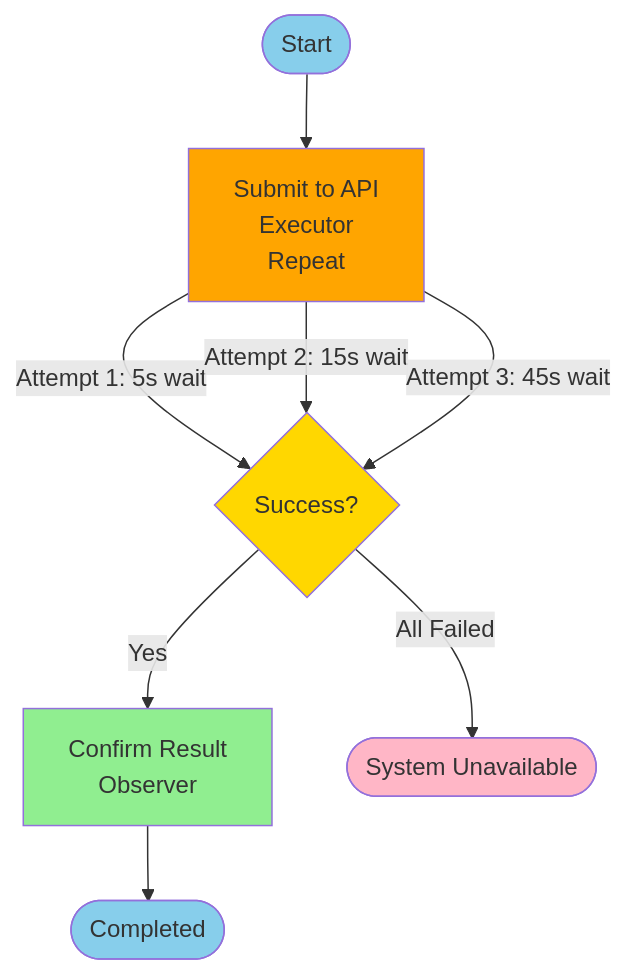
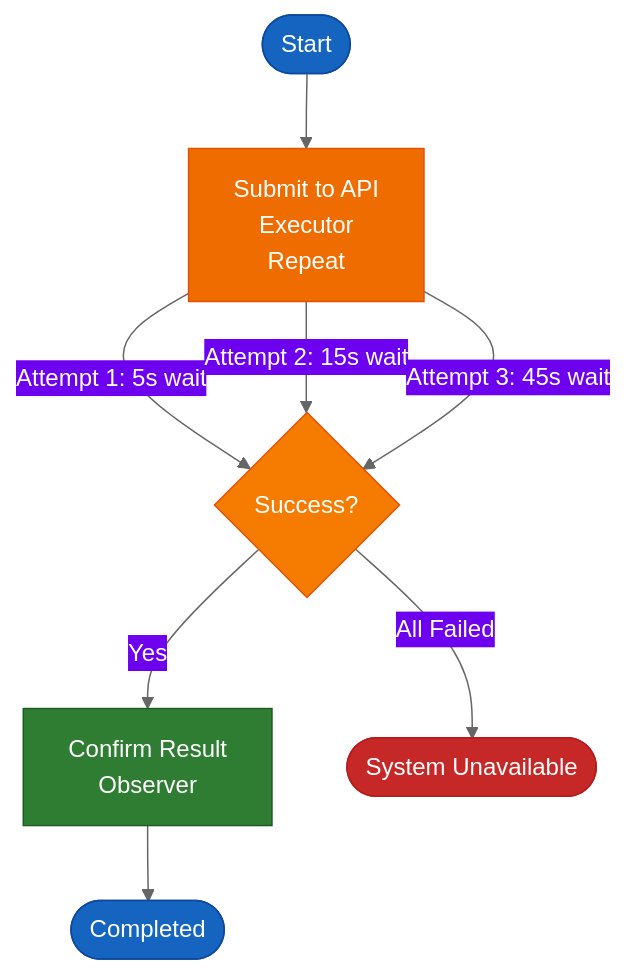
The fourth of 11 diagrams in docs/reference/visual-patterns.md (gcowin/approachable-workflows), drawn with Mermaid before and after one commit. The commit also changed other lines of this file and 1 other file, not shown here.

````diff
--- a/docs/reference/visual-patterns.md
+++ b/docs/reference/visual-patterns.md
@@ -154,17 +157,18 @@
 ```mermaid
+%%{init: {'theme':'base', 'themeVariables': {'primaryColor':'#EF6C00','primaryTextColor':'#fff','lineColor':'#666'}}}%%
 graph TD
     Start([Start]) --> A[Submit to API<br/>Executor<br/>Repeat]
     A -->|Attempt 1: 5s wait| B{Success?}
     A -->|Attempt 2: 15s wait| B
     A -->|Attempt 3: 45s wait| B
     B -->|Yes| C[Confirm Result<br/>Observer]
     B -->|All Failed| D([System Unavailable])
     C --> E([Completed])
     
-    style Start fill:#87CEEB
-    style A fill:#FFA500
-    style B fill:#FFD700
-    style C fill:#90EE90
-    style D fill:#FFB6C6
-    style E fill:#87CEEB
+    style Start fill:#1565C0,stroke:#0D47A1,color:#fff
+    style A fill:#EF6C00,stroke:#E65100,color:#fff
+    style B fill:#F57C00,stroke:#E65100,color:#fff
+    style C fill:#2E7D32,stroke:#1B5E20,color:#fff
+    style D fill:#C62828,stroke:#B71C1C,color:#fff
+    style E fill:#1565C0,stroke:#0D47A1,color:#fff
 ```
````
